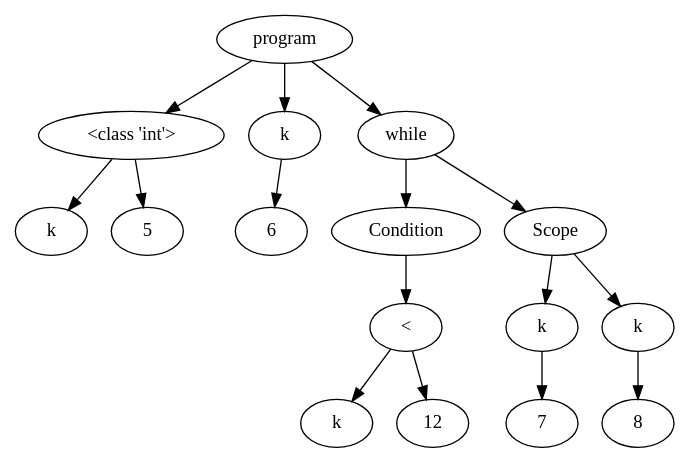
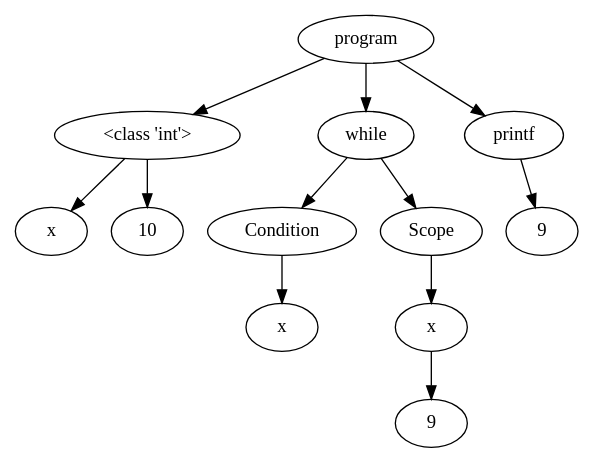
One commit to NielsVandenBroeck/COMP_Compiler changed the diagram in OutputFiles/dotVisualization.dot. Above: the diagram before and after it, drawn with Graphviz. The commit also changed 2 other files, not shown here.

Commit message:
while(x) fix

```diff
--- a/OutputFiles/dotVisualization.dot
+++ b/OutputFiles/dotVisualization.dot
@@ -1,41 +1,31 @@
 digraph G { 
-"<AST.AST object at 0x000001FD141F0820> (0)"[label="program"]
-"<AST.ASTDataType object at 0x000001FD141F0490> (1)"[label="<class 'int'>"]
-"<AST.AST object at 0x000001FD141F0820> (0)"->"<AST.ASTDataType object at 0x000001FD141F0490> (1)"
-"<AST.ASTDataType object at 0x000001FD141F0490> (1)"[label="<class 'int'>"]
-"<AST.ASTVariable object at 0x000001FD141F0BB0> (2)"[label="k"]
-"<AST.ASTDataType object at 0x000001FD141F0490> (1)"->"<AST.ASTVariable object at 0x000001FD141F0BB0> (2)"
-"<AST.AST object at 0x000001FD141F08B0> (2)"[label="5"]
-"<AST.ASTDataType object at 0x000001FD141F0490> (1)"->"<AST.AST object at 0x000001FD141F08B0> (2)"
-"<AST.ASTVariable object at 0x000001FD141F09D0> (1)"[label="k"]
-"<AST.AST object at 0x000001FD141F0820> (0)"->"<AST.ASTVariable object at 0x000001FD141F09D0> (1)"
-"<AST.ASTVariable object at 0x000001FD141F09D0> (1)"[label="k"]
-"<AST.AST object at 0x000001FD141F0C40> (2)"[label="6"]
-"<AST.ASTVariable object at 0x000001FD141F09D0> (1)"->"<AST.AST object at 0x000001FD141F0C40> (2)"
-"<AST.ASTWhile object at 0x000001FD141F0E20> (1)"[label="while"]
-"<AST.AST object at 0x000001FD141F0820> (0)"->"<AST.ASTWhile object at 0x000001FD141F0E20> (1)"
-"<AST.ASTWhile object at 0x000001FD141F0E20> (1)"[label="while"]
-"<AST.ASTCondition object at 0x000001FD141F0A00> (2)"[label="Condition"]
-"<AST.ASTWhile object at 0x000001FD141F0E20> (1)"->"<AST.ASTCondition object at 0x000001FD141F0A00> (2)"
-"<AST.ASTCondition object at 0x000001FD141F0A00> (2)"[label="Condition"]
-"<AST.ASTOperator object at 0x000001FD141F0400> (3)"[label="<"]
-"<AST.ASTCondition object at 0x000001FD141F0A00> (2)"->"<AST.ASTOperator object at 0x000001FD141F0400> (3)"
-"<AST.ASTOperator object at 0x000001FD141F0400> (3)"[label="<"]
-"<AST.ASTVariable object at 0x000001FD141F0670> (4)"[label="k"]
-"<AST.ASTOperator object at 0x000001FD141F0400> (3)"->"<AST.ASTVariable object at 0x000001FD141F0670> (4)"
-"<AST.AST object at 0x000001FD141F0A30> (4)"[label="12"]
-"<AST.ASTOperator object at 0x000001FD141F0400> (3)"->"<AST.AST object at 0x000001FD141F0A30> (4)"
-"<AST.ASTScope object at 0x000001FD141F02E0> (2)"[label="Scope"]
-"<AST.ASTWhile object at 0x000001FD141F0E20> (1)"->"<AST.ASTScope object at 0x000001FD141F02E0> (2)"
-"<AST.ASTScope object at 0x000001FD141F02E0> (2)"[label="Scope"]
-"<AST.ASTVariable object at 0x000001FD141F0DF0> (3)"[label="k"]
-"<AST.ASTScope object at 0x000001FD141F02E0> (2)"->"<AST.ASTVariable object at 0x000001FD141F0DF0> (3)"
-"<AST.ASTVariable object at 0x000001FD141F0DF0> (3)"[label="k"]
-"<AST.AST object at 0x000001FD141F0D90> (4)"[label="7"]
-"<AST.ASTVariable object at 0x000001FD141F0DF0> (3)"->"<AST.AST object at 0x000001FD141F0D90> (4)"
-"<AST.ASTVariable object at 0x000001FD141F0D00> (3)"[label="k"]
-"<AST.ASTScope object at 0x000001FD141F02E0> (2)"->"<AST.ASTVariable object at 0x000001FD141F0D00> (3)"
-"<AST.ASTVariable object at 0x000001FD141F0D00> (3)"[label="k"]
-"<AST.AST object at 0x000001FD141F0640> (4)"[label="8"]
-"<AST.ASTVariable object at 0x000001FD141F0D00> (3)"->"<AST.AST object at 0x000001FD141F0640> (4)"
+"<AST.AST object at 0x0000012A14D8A760> (0)"[label="program"]
+"<AST.ASTDataType object at 0x0000012A14D91130> (1)"[label="<class 'int'>"]
+"<AST.AST object at 0x0000012A14D8A760> (0)"->"<AST.ASTDataType object at 0x0000012A14D91130> (1)"
+"<AST.ASTDataType object at 0x0000012A14D91130> (1)"[label="<class 'int'>"]
+"<AST.ASTVariable object at 0x0000012A14D8A550> (2)"[label="x"]
+"<AST.ASTDataType object at 0x0000012A14D91130> (1)"->"<AST.ASTVariable object at 0x0000012A14D8A550> (2)"
+"<AST.AST object at 0x0000012A14D91550> (2)"[label="10"]
+"<AST.ASTDataType object at 0x0000012A14D91130> (1)"->"<AST.AST object at 0x0000012A14D91550> (2)"
+"<AST.ASTWhile object at 0x0000012A14D91160> (1)"[label="while"]
+"<AST.AST object at 0x0000012A14D8A760> (0)"->"<AST.ASTWhile object at 0x0000012A14D91160> (1)"
+"<AST.ASTWhile object at 0x0000012A14D91160> (1)"[label="while"]
+"<AST.ASTCondition object at 0x0000012A14D91880> (2)"[label="Condition"]
+"<AST.ASTWhile object at 0x0000012A14D91160> (1)"->"<AST.ASTCondition object at 0x0000012A14D91880> (2)"
+"<AST.ASTCondition object at 0x0000012A14D91880> (2)"[label="Condition"]
+"<AST.ASTVariable object at 0x0000012A14D91730> (3)"[label="x"]
+"<AST.ASTCondition object at 0x0000012A14D91880> (2)"->"<AST.ASTVariable object at 0x0000012A14D91730> (3)"
+"<AST.ASTScope object at 0x0000012A14D91970> (2)"[label="Scope"]
+"<AST.ASTWhile object at 0x0000012A14D91160> (1)"->"<AST.ASTScope object at 0x0000012A14D91970> (2)"
+"<AST.ASTScope object at 0x0000012A14D91970> (2)"[label="Scope"]
+"<AST.ASTVariable object at 0x0000012A14D918E0> (3)"[label="x"]
+"<AST.ASTScope object at 0x0000012A14D91970> (2)"->"<AST.ASTVariable object at 0x0000012A14D918E0> (3)"
+"<AST.ASTVariable object at 0x0000012A14D918E0> (3)"[label="x"]
+"<AST.AST object at 0x0000012A14D91700> (4)"[label="9"]
+"<AST.ASTVariable object at 0x0000012A14D918E0> (3)"->"<AST.AST object at 0x0000012A14D91700> (4)"
+"<AST.ASTPrintf object at 0x0000012A14D91340> (1)"[label="printf"]
+"<AST.AST object at 0x0000012A14D8A760> (0)"->"<AST.ASTPrintf object at 0x0000012A14D91340> (1)"
+"<AST.ASTPrintf object at 0x0000012A14D91340> (1)"[label="printf"]
+"<AST.ASTVariable object at 0x0000012A14D910A0> (2)"[label="9"]
+"<AST.ASTPrintf object at 0x0000012A14D91340> (1)"->"<AST.ASTVariable object at 0x0000012A14D910A0> (2)"
 }
```
